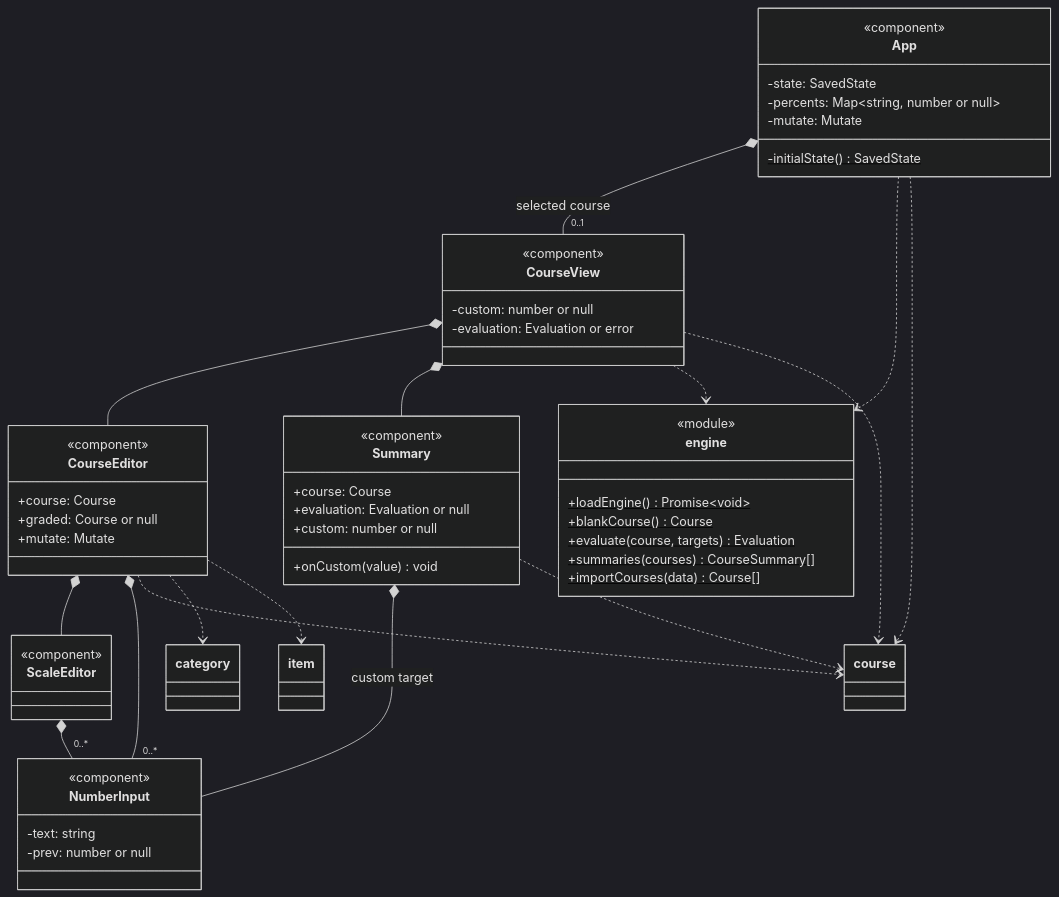
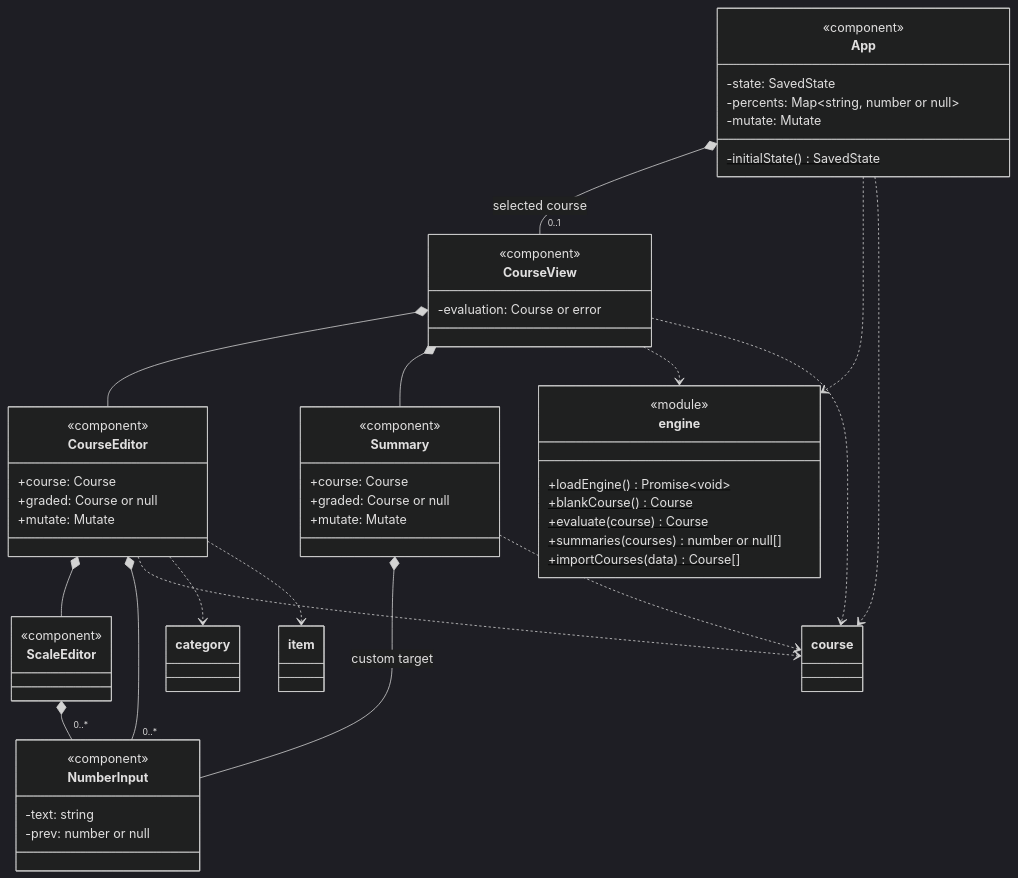
One commit to Patman1O1/grade-calculator changed the seventh of 8 diagrams in docs/uml.md. Above: the diagram before and after it, drawn with Mermaid (dark theme). The commit also changed other lines of this file and 11 other files, not shown here.

````diff
--- a/docs/uml.md
+++ b/docs/uml.md
@@ -327,60 +286,58 @@
 ```mermaid
 classDiagram
   direction TB
   class App {
     <<component>>
     -state: SavedState
     -percents: Map~string, number or null~
     -mutate: Mutate
     -initialState()$ SavedState
   }
   class CourseView {
     <<component>>
-    -custom: number or null
-    -evaluation: Evaluation or error
+    -evaluation: Course or error
   }
   class CourseEditor {
     <<component>>
     +course: Course
     +graded: Course or null
     +mutate: Mutate
   }
   class ScaleEditor {
     <<component>>
   }
   class Summary {
     <<component>>
     +course: Course
-    +evaluation: Evaluation or null
-    +custom: number or null
-    +onCustom(value) void
+    +graded: Course or null
+    +mutate: Mutate
   }
   class NumberInput {
     <<component>>
     -text: string
     -prev: number or null
   }
   class engine {
     <<module>>
     +loadEngine()$ Promise~void~
     +blankCourse()$ Course
-    +evaluate(course, targets)$ Evaluation
-    +summaries(courses)$ CourseSummary[]
+    +evaluate(course)$ Course
+    +summaries(courses)$ number or null[]
     +importCourses(data)$ Course[]
   }
   App *-- "0..1" CourseView : selected course
   CourseView *-- CourseEditor
   CourseView *-- Summary
   CourseEditor *-- ScaleEditor
   CourseEditor *-- "0..*" NumberInput
   ScaleEditor *-- "0..*" NumberInput
   Summary *-- NumberInput : custom target
   App ..> engine
   CourseView ..> engine
   App ..> course
   CourseView ..> course
   CourseEditor ..> course
   CourseEditor ..> category
   CourseEditor ..> item
   Summary ..> course
 ```
````
